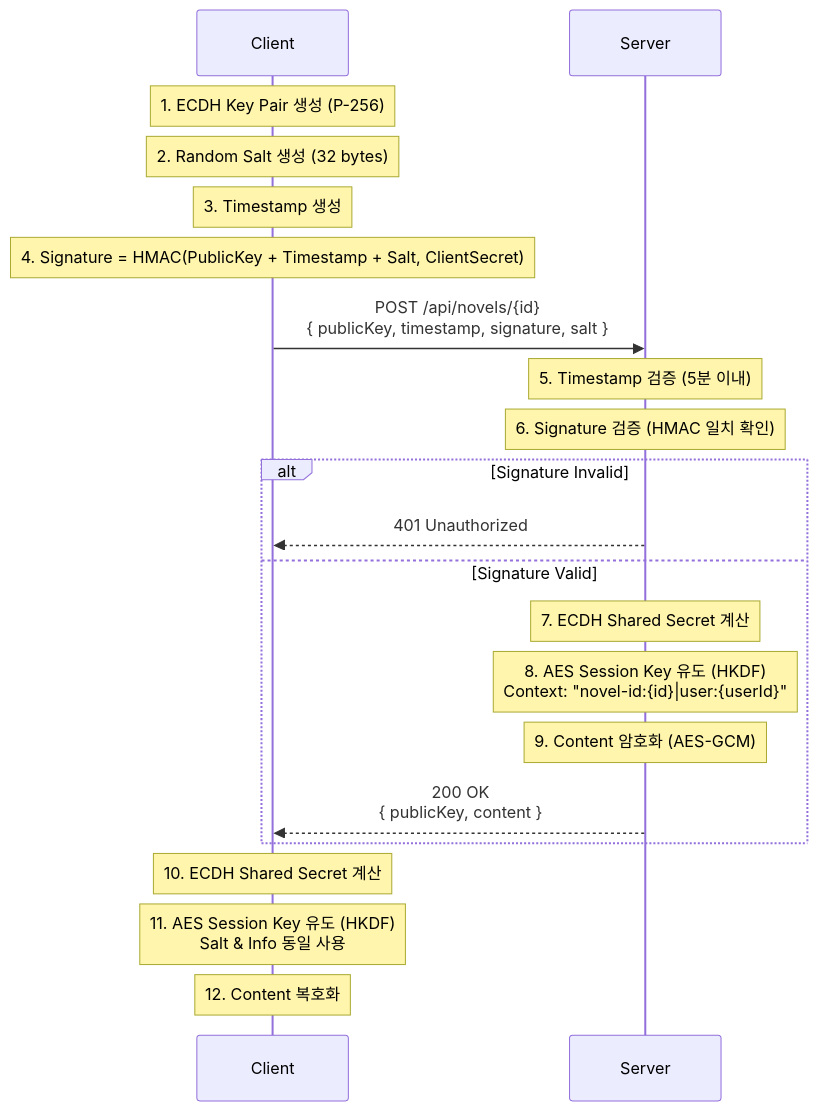
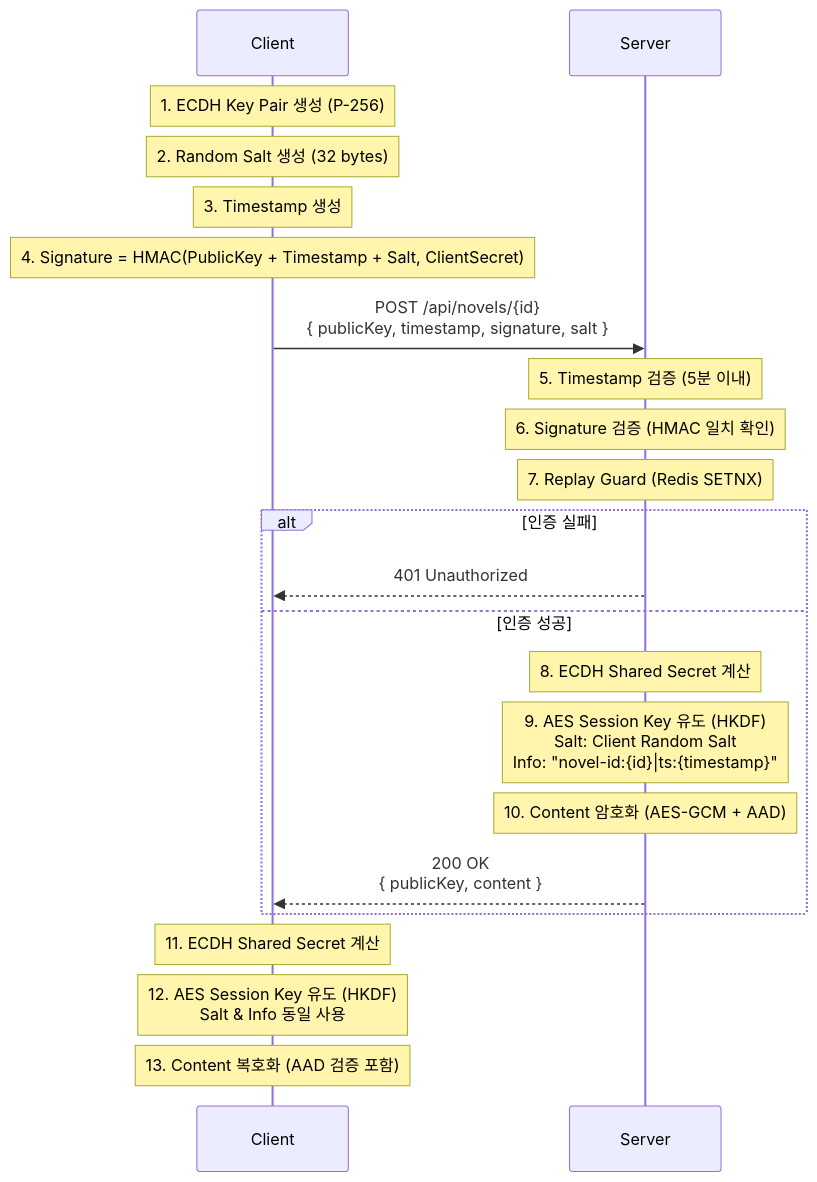
The diagram in ENCRYPTION_SPECS.md (SAcid/api-encrypt), drawn with Mermaid before and after one commit. The commit also changed other lines of this file and 2 other files, not shown here.

````diff
--- a/ENCRYPTION_SPECS.md
+++ b/ENCRYPTION_SPECS.md
@@ -21,28 +22,29 @@
 ```mermaid
 sequenceDiagram
     participant Client
     participant Server
 
     Note over Client: 1. ECDH Key Pair 생성 (P-256)
     Note over Client: 2. Random Salt 생성 (32 bytes)
     Note over Client: 3. Timestamp 생성
     Note over Client: 4. Signature = HMAC(PublicKey + Timestamp + Salt, ClientSecret)
     
     Client->>Server: POST /api/novels/{id}<br/>{ publicKey, timestamp, signature, salt }
     
     Note over Server: 5. Timestamp 검증 (5분 이내)
     Note over Server: 6. Signature 검증 (HMAC 일치 확인)
+    Note over Server: 7. Replay Guard (Redis SETNX)
     
-    alt Signature Invalid
+    alt 인증 실패
         Server-->>Client: 401 Unauthorized
-    else Signature Valid
-        Note over Server: 7. ECDH Shared Secret 계산
-        Note over Server: 8. AES Session Key 유도 (HKDF)<br/>Context: "novel-id:{id}|user:{userId}"
-        Note over Server: 9. Content 암호화 (AES-GCM)
+    else 인증 성공
+        Note over Server: 8. ECDH Shared Secret 계산
+        Note over Server: 9. AES Session Key 유도 (HKDF)<br/>Salt: Client Random Salt<br/>Info: "novel-id:{id}|ts:{timestamp}"
+        Note over Server: 10. Content 암호화 (AES-GCM + AAD)
         Server-->>Client: 200 OK<br/>{ publicKey, content }
     end
 
-    Note over Client: 10. ECDH Shared Secret 계산
-    Note over Client: 11. AES Session Key 유도 (HKDF)<br/>Salt & Info 동일 사용
-    Note over Client: 12. Content 복호화
+    Note over Client: 11. ECDH Shared Secret 계산
+    Note over Client: 12. AES Session Key 유도 (HKDF)<br/>Salt & Info 동일 사용
+    Note over Client: 13. Content 복호화 (AAD 검증 포함)
 ```
````
